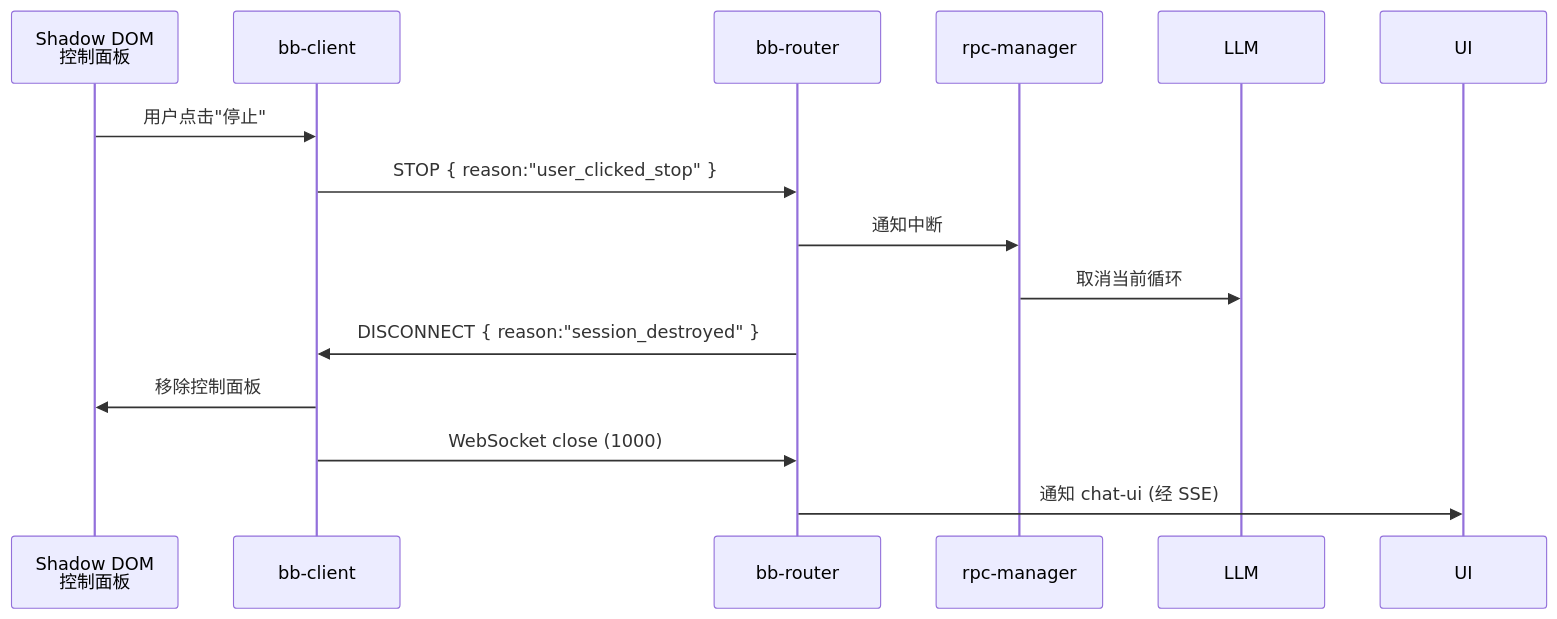
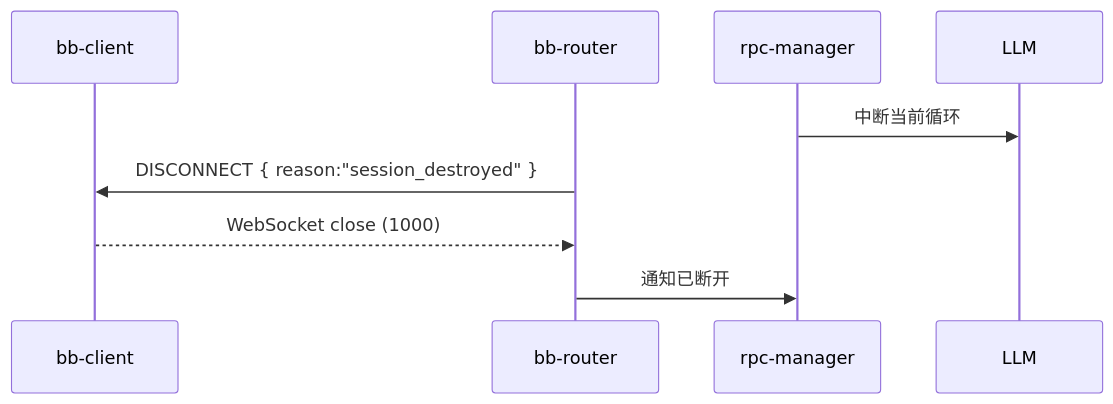
Before and after one commit to zhaoxin34/matrix: the second of 2 diagrams in neo/design/docs/technical/agent-steer/browser-bridge-protocol.md, drawn with Mermaid. The commit also changed other lines of this file and 3 other files, not shown here.

````diff
--- a/neo/design/docs/technical/agent-steer/browser-bridge-protocol.md
+++ b/neo/design/docs/technical/agent-steer/browser-bridge-protocol.md
@@ -755,17 +744,12 @@
 ```mermaid
 sequenceDiagram
-    participant Panel as Shadow DOM<br/>控制面板
     participant CS as bb-client
     participant Router as bb-router
     participant RPC as rpc-manager
     participant LLM as LLM
 
-    Panel->>CS: 用户点击"停止"
-    CS->>Router: STOP { reason:"user_clicked_stop" }
-    Router->>RPC: 通知中断
-    RPC->>LLM: 取消当前循环
+    RPC->>LLM: 中断当前循环
     Router->>CS: DISCONNECT { reason:"session_destroyed" }
-    CS->>Panel: 移除控制面板
-    CS->>Router: WebSocket close (1000)
-    Router->>UI: 通知 chat-ui (经 SSE)
+    CS-->>Router: WebSocket close (1000)
+    Router->>RPC: 通知已断开
 ```
````
